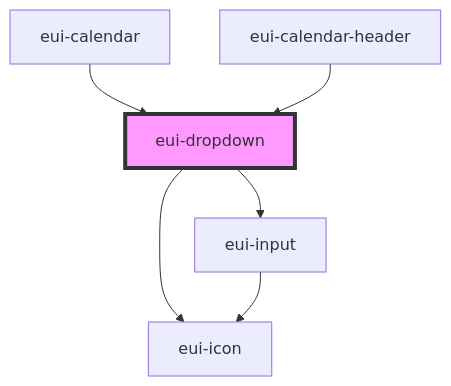
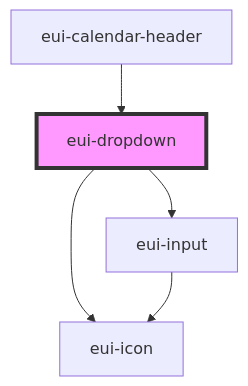
The diagram in ensemble-ui/src/components/dropdown/readme.md (pnd-amirhosein/U_and_I), drawn with Mermaid before and after one commit. The commit also changed other lines of this file and 17 other files, not shown here.

````diff
--- a/ensemble-ui/src/components/dropdown/readme.md
+++ b/ensemble-ui/src/components/dropdown/readme.md
@@ -41,9 +40,8 @@
 ```mermaid
 graph TD;
   eui-dropdown --> eui-icon
   eui-dropdown --> eui-input
   eui-input --> eui-icon
-  eui-calendar --> eui-dropdown
   eui-calendar-header --> eui-dropdown
   style eui-dropdown fill:#f9f,stroke:#333,stroke-width:4px
 ```
````
